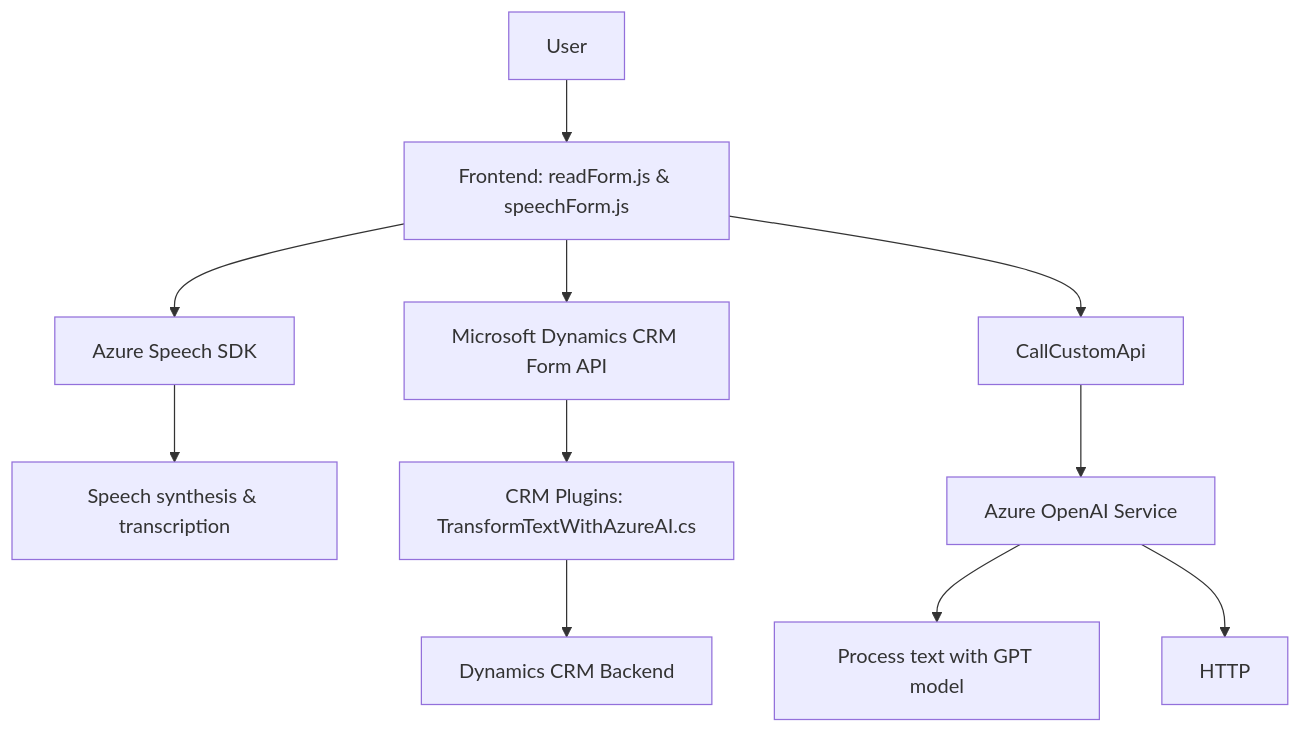
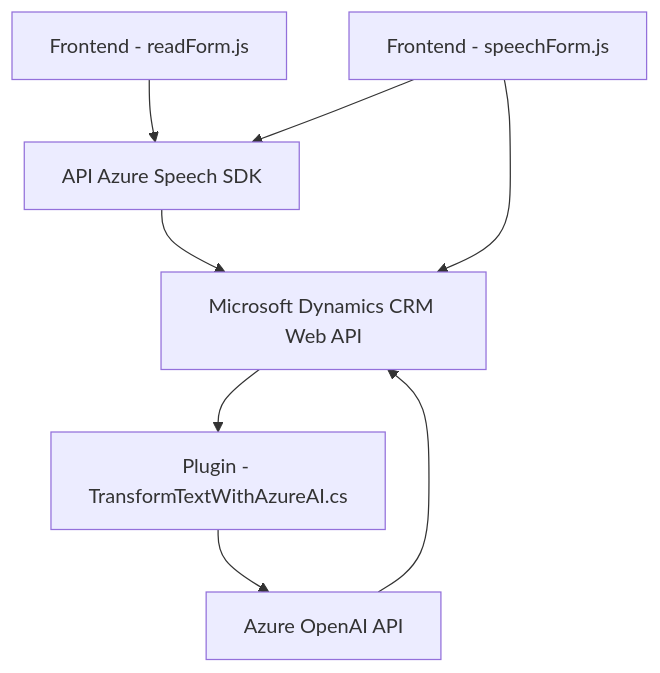
One commit to blopezdm/NETCORE_BILBAO2025 changed the diagram in README.md. Above: the diagram before and after it, drawn with Mermaid. The commit also changed other lines of this file, not shown here.

````diff
--- a/README.md
+++ b/README.md
@@ -27,13 +59,17 @@
 ```mermaid
 graph TD
-    A[User] --> B["Frontend: readForm.js & speechForm.js"]
-    B --> C["Microsoft Dynamics CRM Form API"]
-    B --> D["Azure Speech SDK"]
-    D --> E["Speech synthesis & transcription"]
-    B --> F["CallCustomApi"]
-    F --> G["Azure OpenAI Service"]
-    G --> H["Process text with GPT model"]
-    G --> I[HTTP]
-    C --> J["CRM Plugins: TransformTextWithAzureAI.cs"]
-    J --> K["Dynamics CRM Backend"]
+    A["Frontend - readForm.js"]
+    B["Frontend - speechForm.js"]
+    C["Plugin - TransformTextWithAzureAI.cs"]
+    D["API Azure Speech SDK"]
+    E["Azure OpenAI API"]
+    F["Microsoft Dynamics CRM Web API"]
+
+    A --> D
+    B --> D
+    D --> F
+    B --> F
+    F --> C
+    C --> E
+    E --> F
 ```
````
